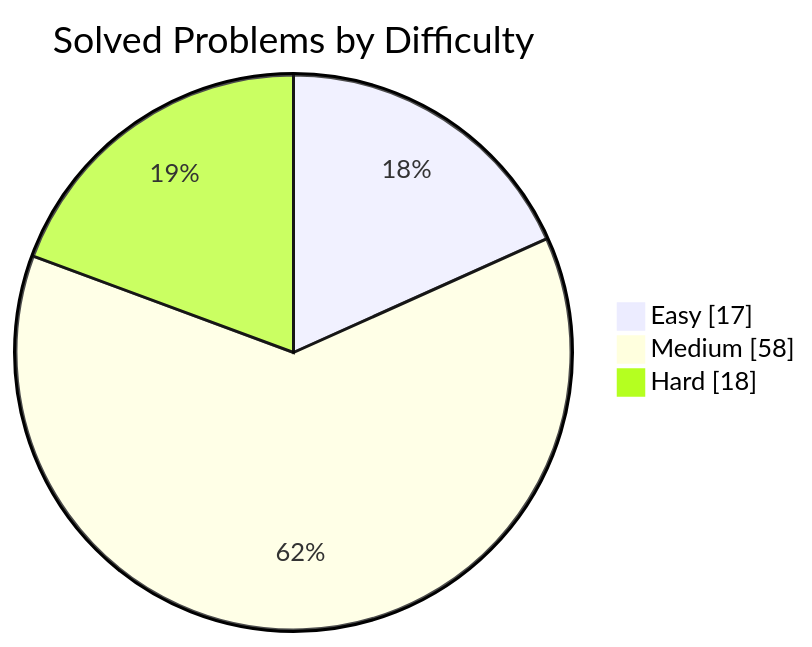
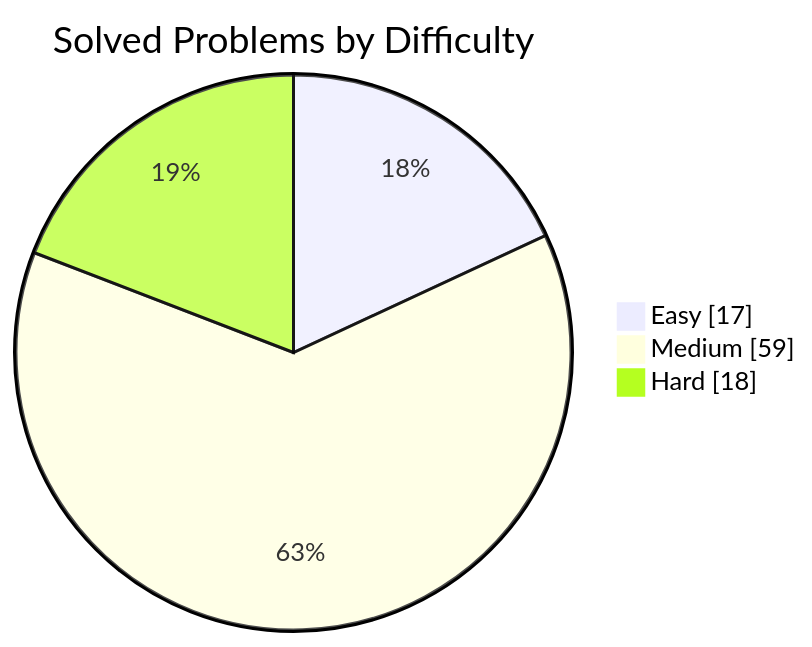
The first of 2 diagrams in README.md (manikantbindass/DSA-Preparation-FAANG), drawn with Mermaid before and after one commit. The commit also changed other lines of this file, not shown here.

````diff
--- a/README.md
+++ b/README.md
@@ -38,7 +38,7 @@
 ```mermaid
 pie showData
     title Solved Problems by Difficulty
     "Easy" : 17
-    "Medium" : 58
+    "Medium" : 59
     "Hard" : 18
 ```
````
